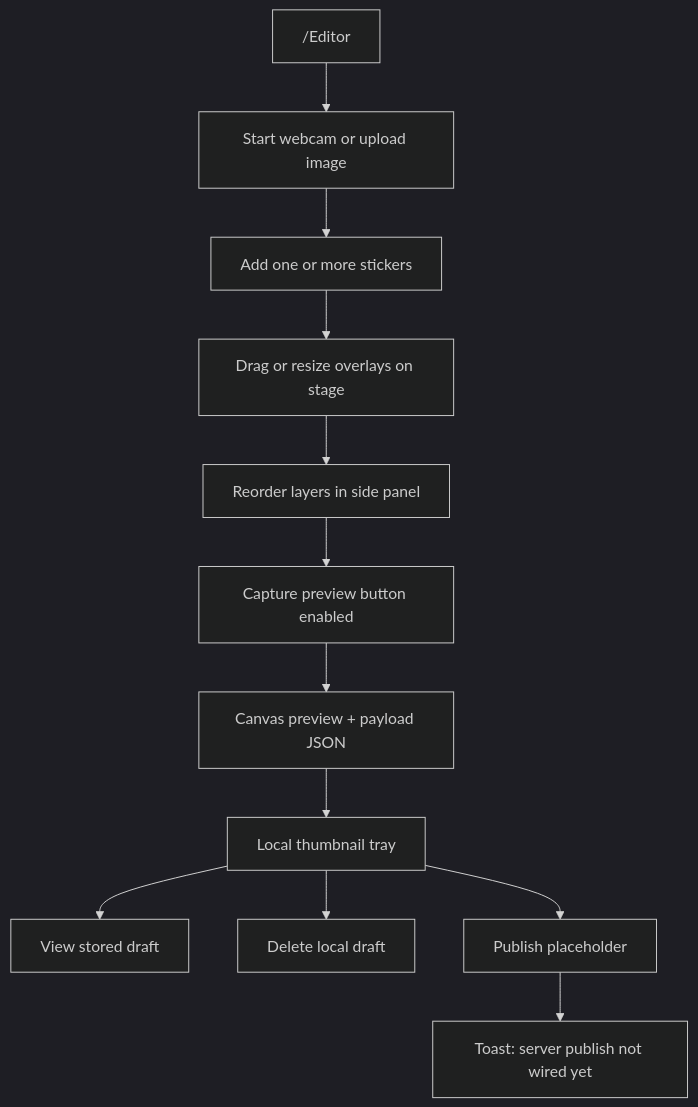
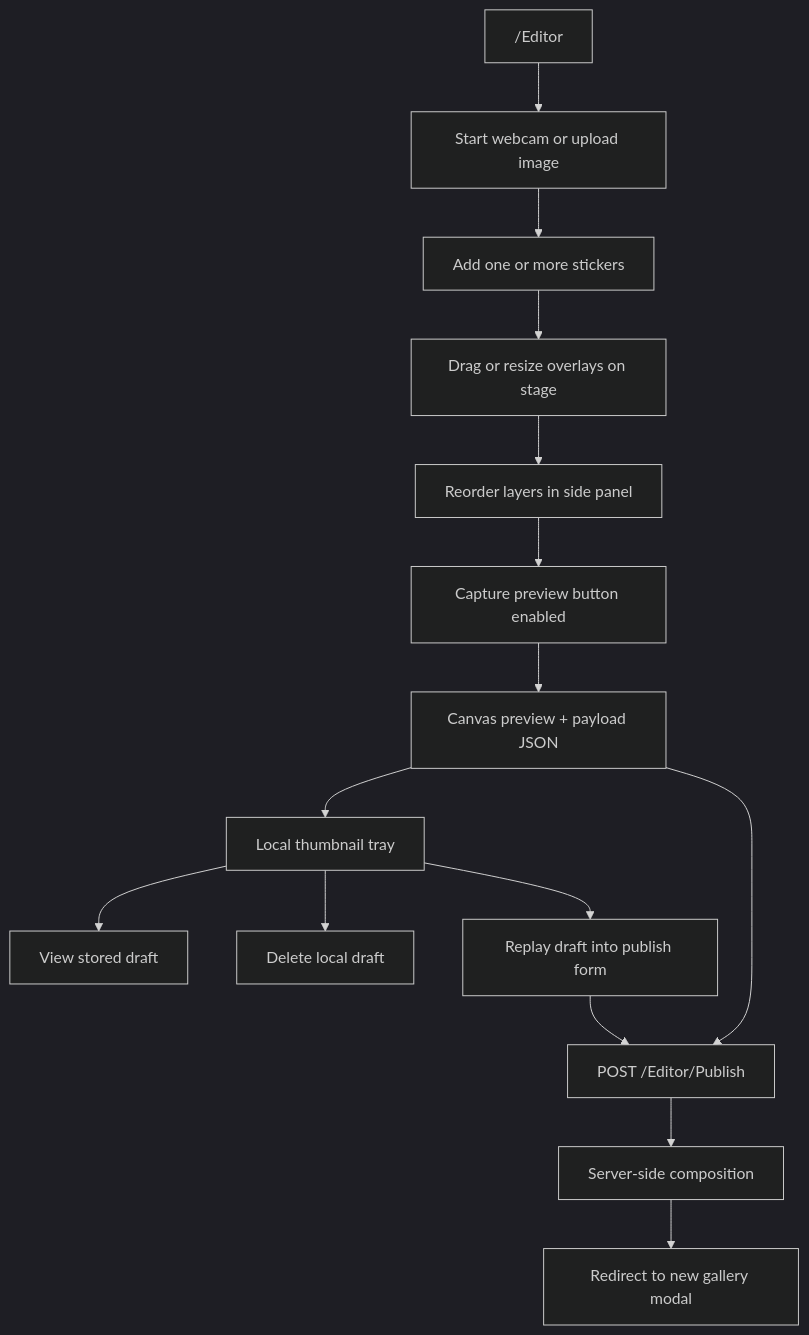
The fourth of 4 diagrams in src/Camagru.Web/README.md (CodeWithCharles/42_camagru), drawn with Mermaid (dark theme) before and after one commit. The commit also changed other lines of this file and 143 other files, not shown here.

````diff
--- a/src/Camagru.Web/README.md
+++ b/src/Camagru.Web/README.md
@@ -118,14 +127,17 @@
 ```mermaid
 flowchart TD
     Enter["/Editor"] --> Source["Start webcam or upload image"]
     Source --> Overlay["Add one or more stickers"]
     Overlay --> Arrange["Drag or resize overlays on stage"]
     Arrange --> Layers["Reorder layers in side panel"]
     Layers --> Capture["Capture preview button enabled"]
     Capture --> Preview["Canvas preview + payload JSON"]
     Preview --> Tray["Local thumbnail tray"]
     Tray --> View["View stored draft"]
     Tray --> Delete["Delete local draft"]
-    Tray --> Publish["Publish placeholder"]
-    Publish --> Feature["Toast: server publish not wired yet"]
+    Preview --> Publish["POST /Editor/Publish"]
+    Tray --> Replay["Replay draft into publish form"]
+    Replay --> Publish
+    Publish --> Compose["Server-side composition"]
+    Compose --> Feed["Redirect to new gallery modal"]
 ```
````
